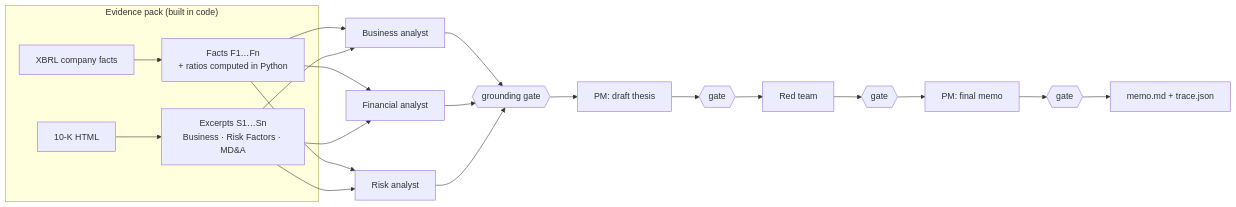
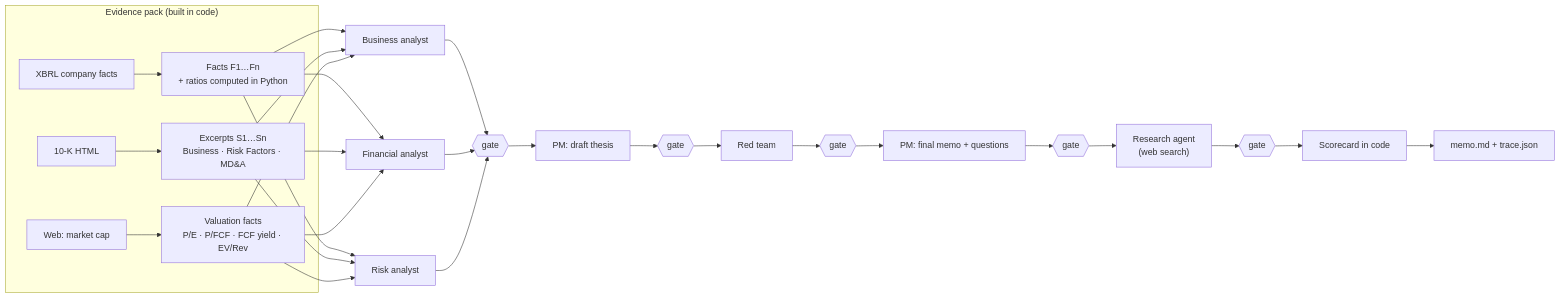
One commit to realGavin/due-diligence-agent changed the diagram in README.md. Above: the diagram before and after it, drawn with Mermaid. The commit also changed other lines of this file and 17 other files, not shown here.

````diff
--- a/README.md
+++ b/README.md
@@ -19,12 +39,13 @@
 ```mermaid
 flowchart LR
     subgraph Evidence["Evidence pack (built in code)"]
         X[XBRL company facts] --> F["Facts F1…Fn<br/>+ ratios computed in Python"]
         K[10-K HTML] --> S["Excerpts S1…Sn<br/>Business · Risk Factors · MD&A"]
+        V[Web: market cap] --> MC["Valuation facts<br/>P/E · P/FCF · FCF yield · EV/Rev"]
     end
-    F & S --> B[Business analyst] & FA[Financial analyst] & R[Risk analyst]
-    B & FA & R --> G1{{grounding gate}}
-    G1 --> PM1[PM: draft thesis] --> G2{{gate}}
-    G2 --> RT[Red team] --> G3{{gate}}
-    G3 --> PM2[PM: final memo] --> G4{{gate}} --> M[memo.md + trace.json]
+    F & S & MC --> B[Business analyst] & FA[Financial analyst] & R[Risk analyst]
+    B & FA & R --> G1{{gate}} --> PM1[PM: draft thesis] --> G2{{gate}}
+    G2 --> RT[Red team] --> G3{{gate}} --> PM2[PM: final memo + questions] --> G4{{gate}}
+    G4 --> RA["Research agent<br/>(web search)"] --> G5{{gate}}
+    G5 --> SC[Scorecard in code] --> M[memo.md + trace.json]
 ```
````
